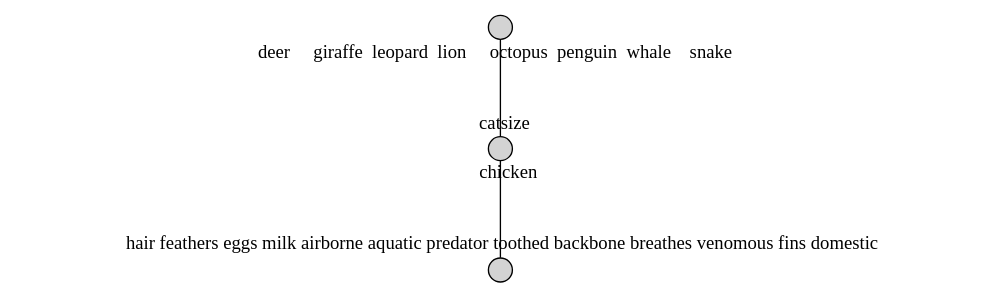
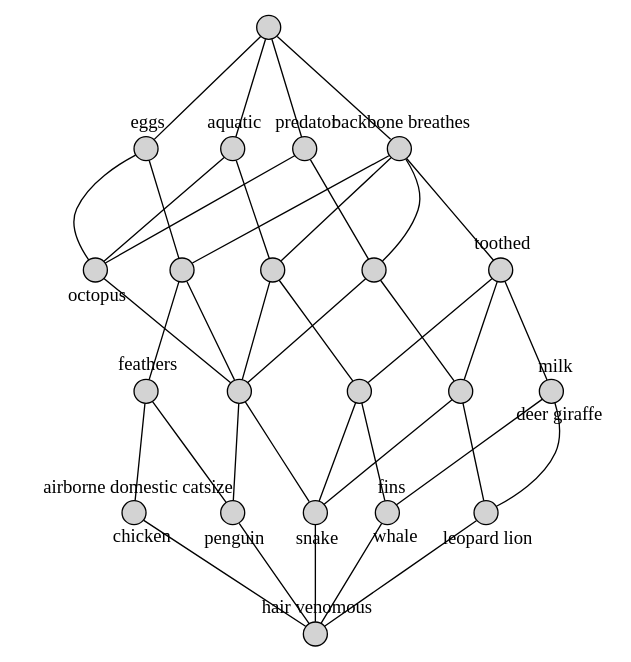
One commit to PaoloBonicco7/tln-2022-third-part-lab changed the diagram in es8_FCA/Lattice.gv. Above: the diagram before and after it, drawn with Graphviz. The commit also changed 11 other files, not shown here.

```diff
--- a/es8_FCA/Lattice.gv
+++ b/es8_FCA/Lattice.gv
@@ -1,14 +1,82 @@
-// <Lattice object of 1 atoms 3 concepts 1 coatoms at 0x10c1135e0>
+// <Lattice object of 5 atoms 21 concepts 4 coatoms at 0x1035f3d60>
 digraph Lattice {
 	node [label="" shape=circle style=filled width=.25]
 	edge [dir=none labeldistance=1.5 minlen=2]
 	c0
-	c0 -> c0 [color=transparent labelangle=90 taillabel="hair feathers eggs milk airborne aquatic predator toothed backbone breathes venomous fins domestic"]
+	c0 -> c0 [color=transparent labelangle=90 taillabel="hair venomous"]
 	c1
-	c1 -> c1 [color=transparent headlabel="chicken " labelangle=270]
-	c1 -> c1 [color=transparent labelangle=90 taillabel=catsize]
+	c1 -> c1 [color=transparent headlabel=chicken labelangle=270]
+	c1 -> c1 [color=transparent labelangle=90 taillabel="airborne domestic catsize"]
 	c1 -> c0
 	c2
-	c2 -> c2 [color=transparent headlabel="deer     giraffe  leopard  lion     octopus  penguin  whale    snake   " labelangle=270]
-	c2 -> c1
+	c2 -> c2 [color=transparent headlabel=penguin labelangle=270]
+	c2 -> c0
+	c3
+	c3 -> c3 [color=transparent headlabel=whale labelangle=270]
+	c3 -> c3 [color=transparent labelangle=90 taillabel=fins]
+	c3 -> c0
+	c4
+	c4 -> c4 [color=transparent headlabel=snake labelangle=270]
+	c4 -> c0
+	c5
+	c5 -> c5 [color=transparent labelangle=90 taillabel=feathers]
+	c5 -> c1
+	c5 -> c2
+	c6
+	c6 -> c6 [color=transparent headlabel="leopard lion" labelangle=270]
+	c6 -> c0
+	c7
+	c7 -> c2
+	c7 -> c4
+	c8
+	c8 -> c3
+	c8 -> c4
+	c9
+	c9 -> c5
+	c9 -> c7
+	c10
+	c10 -> c4
+	c10 -> c6
+	c11
+	c11 -> c11 [color=transparent headlabel=octopus labelangle=270]
+	c11 -> c7
+	c12
+	c12 -> c7
+	c12 -> c8
+	c13
+	c13 -> c13 [color=transparent labelangle=90 taillabel=eggs]
+	c13 -> c9
+	c13 -> c11
+	c14
+	c14 -> c7
+	c14 -> c10
+	c15
+	c15 -> c15 [color=transparent labelangle=90 taillabel=aquatic]
+	c15 -> c11
+	c15 -> c12
+	c16
+	c16 -> c16 [color=transparent headlabel="deer giraffe" labelangle=270]
+	c16 -> c16 [color=transparent labelangle=90 taillabel=milk]
+	c16 -> c3
+	c16 -> c6
+	c17
+	c17 -> c17 [color=transparent labelangle=90 taillabel=predator]
+	c17 -> c11
+	c17 -> c14
+	c18
+	c18 -> c18 [color=transparent labelangle=90 taillabel=toothed]
+	c18 -> c8
+	c18 -> c10
+	c18 -> c16
+	c19
+	c19 -> c19 [color=transparent labelangle=90 taillabel="backbone breathes"]
+	c19 -> c9
+	c19 -> c12
+	c19 -> c14
+	c19 -> c18
+	c20
+	c20 -> c13
+	c20 -> c15
+	c20 -> c17
+	c20 -> c19
 }
```
